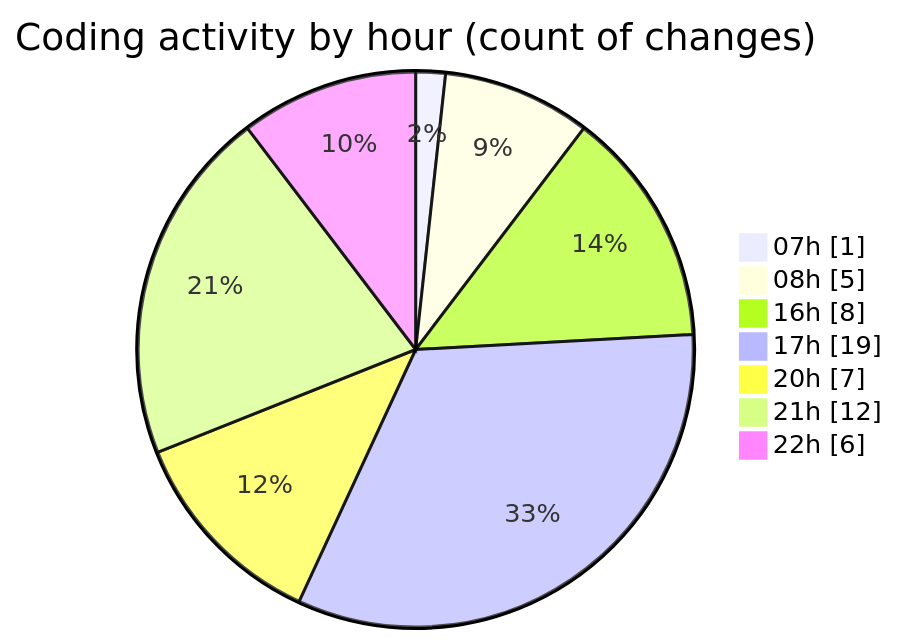
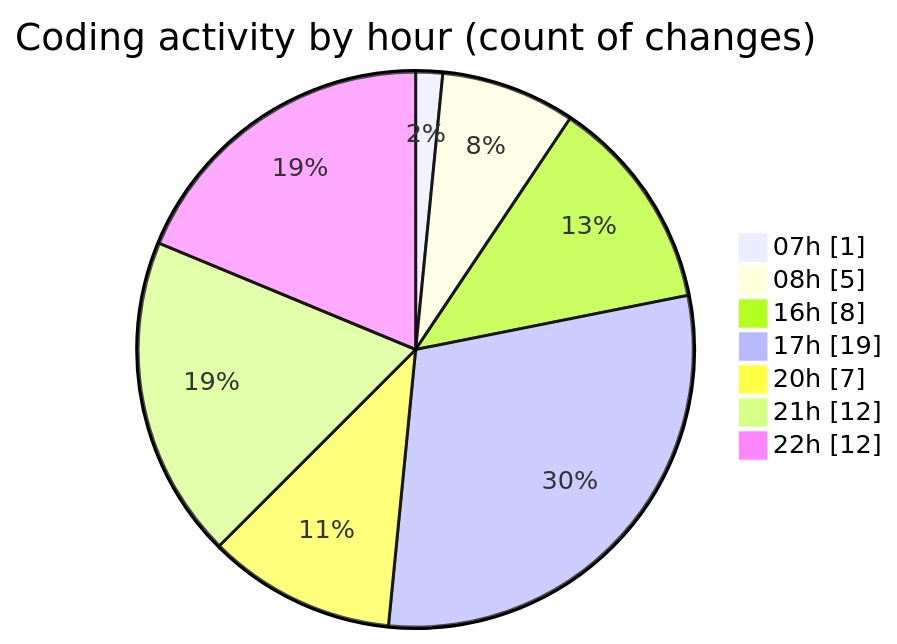
The second of 2 diagrams in 2025-02-13/elitegpt/README.md (Elitesun/code-tracking), drawn with Mermaid before and after one commit. The commit also changed other lines of this file and 1 other file, not shown here.

````diff
--- a/2025-02-13/elitegpt/README.md
+++ b/2025-02-13/elitegpt/README.md
@@ -36,11 +36,11 @@
 ```mermaid
 pie showData
 title Coding activity by hour (count of changes)
 "07h" : 1
 "08h" : 5
 "16h" : 8
 "17h" : 19
 "20h" : 7
 "21h" : 12
-"22h" : 6
+"22h" : 12
 ```
````
